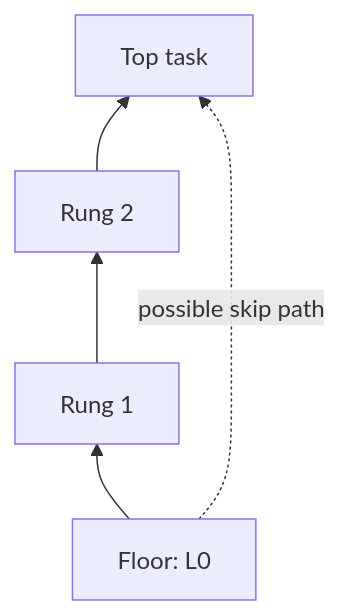
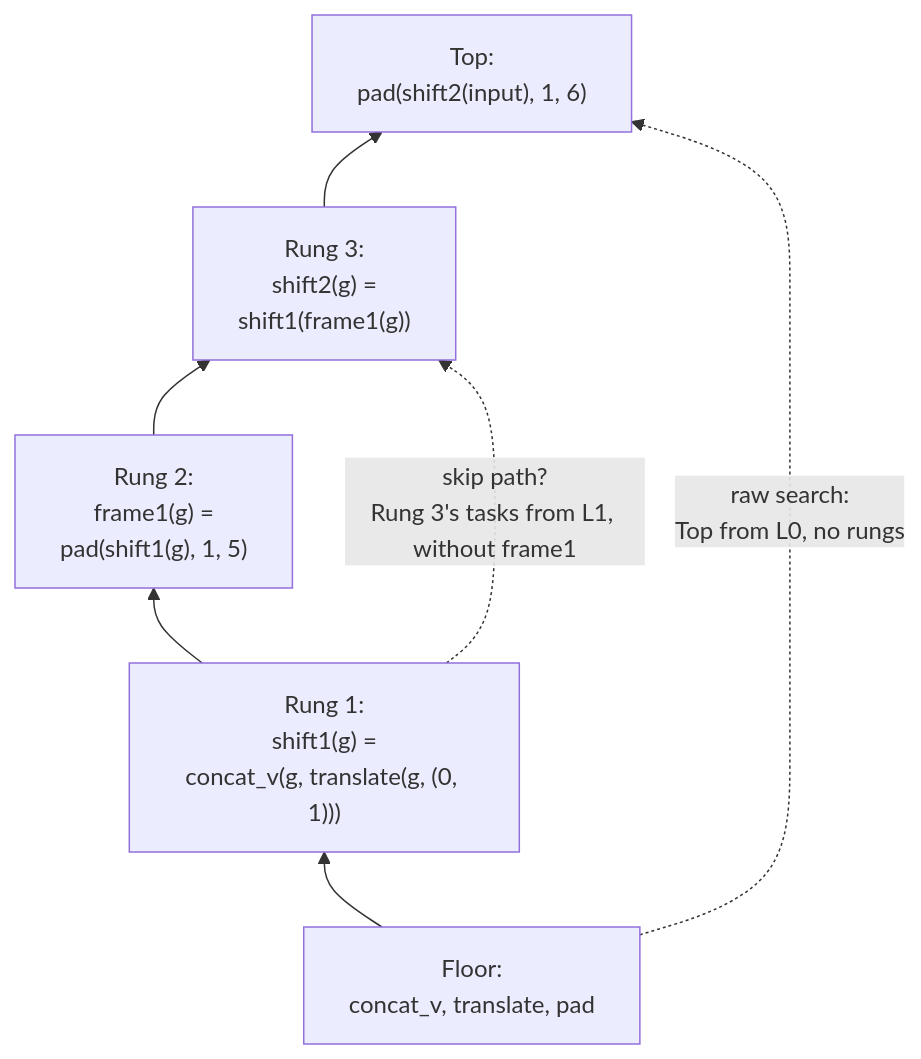
The diagram in docs/abstraction_ladders/ABSTRACTION-LADDERS.md (WillBoan/abstraction-experimentation), drawn with Mermaid before and after one commit. The commit also changed other lines of this file, not shown here.

Commit message:
docs: enhance Abstraction Ladders diagram with detailed rungs and skip path explanations

````diff
--- a/docs/abstraction_ladders/ABSTRACTION-LADDERS.md
+++ b/docs/abstraction_ladders/ABSTRACTION-LADDERS.md
@@ -18,9 +18,11 @@
 ```mermaid
 graph BT
-    F["Floor: L0"]
-    R1["Rung 1"]
-    R2["Rung 2"]
-    T["Top task"]
-    F --> R1 --> R2 --> T
-    F -. "possible skip path" .-> T
+    F["Floor:<br/>concat_v, translate, pad"]
+    R1["Rung 1:<br/>shift1(g) =<br/>concat_v(g, translate(g, (0, 1)))"]
+    R2["Rung 2:<br/>frame1(g) =<br/>pad(shift1(g), 1, 5)"]
+    R3["Rung 3:<br/>shift2(g) =<br/>shift1(frame1(g))"]
+    T["Top:<br/>pad(shift2(input), 1, 6)"]
+    F --> R1 --> R2 --> R3 --> T
+    R1 -.->|"skip path?<br/>Rung 3's tasks from L1, without frame1"| R3
+    F -.->|"raw search:<br/>Top from L0, no rungs"| T
 ```
````
